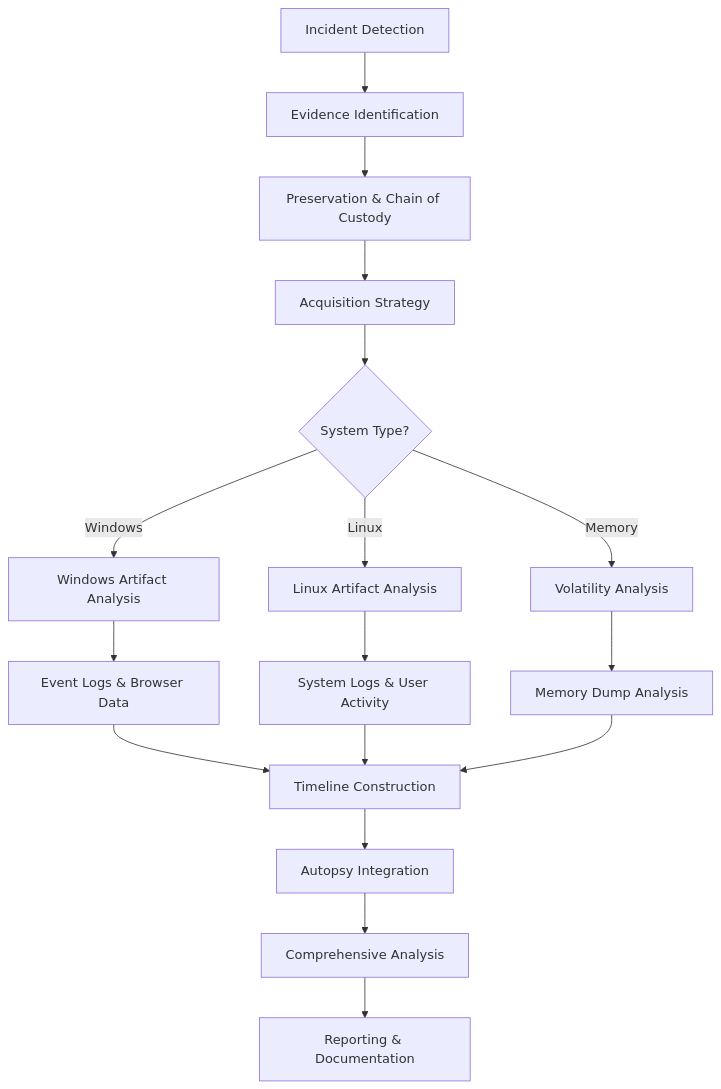
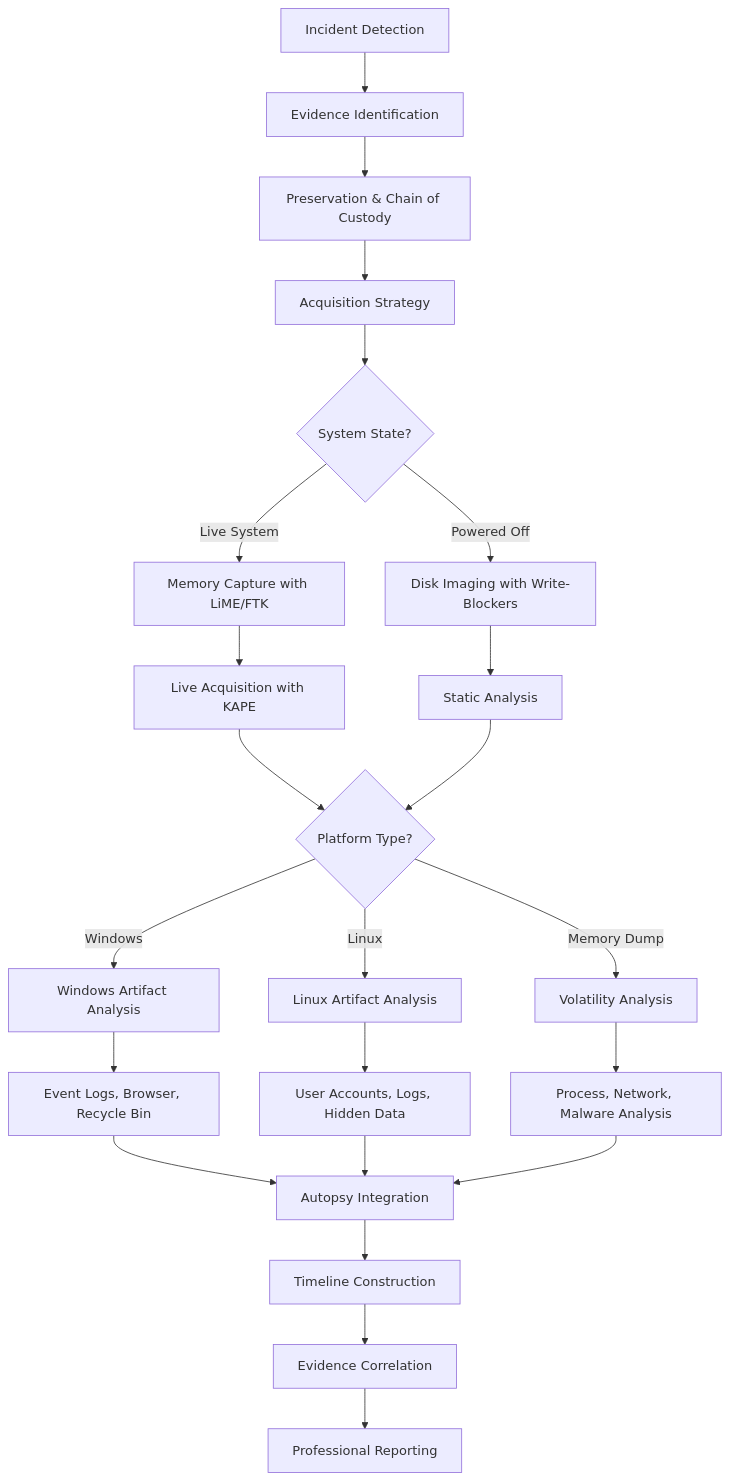
One commit to d3vhackz/BTL1 changed the diagram in 04-digital-forensics/README.md. Above: the diagram before and after it, drawn with Mermaid. The commit also changed other lines of this file, not shown here.

````diff
--- a/04-digital-forensics/README.md
+++ b/04-digital-forensics/README.md
@@ -165,23 +158,32 @@
 ```mermaid
 graph TD
     A[Incident Detection] --> B[Evidence Identification]
     B --> C[Preservation & Chain of Custody]
     C --> D[Acquisition Strategy]
-    D --> E{System Type?}
+    D --> E{System State?}
     
-    E -->|Windows| F[Windows Artifact Analysis]
-    E -->|Linux| G[Linux Artifact Analysis]
-    E -->|Memory| H[Volatility Analysis]
+    E -->|Live System| F[Memory Capture with LiME/FTK]
+    E -->|Powered Off| G[Disk Imaging with Write-Blockers]
     
-    F --> I[Event Logs & Browser Data]
-    G --> J[System Logs & User Activity]
-    H --> K[Memory Dump Analysis]
+    F --> H[Live Acquisition with KAPE]
+    G --> I[Static Analysis]
     
-    I --> L[Timeline Construction]
-    J --> L
-    K --> L
+    H --> J{Platform Type?}
+    I --> J
     
-    L --> M[Autopsy Integration]
-    M --> N[Comprehensive Analysis]
-    N --> O[Reporting & Documentation]
+    J -->|Windows| K[Windows Artifact Analysis]
+    J -->|Linux| L[Linux Artifact Analysis]
+    J -->|Memory Dump| M[Volatility Analysis]
+    
+    K --> N[Event Logs, Browser, Recycle Bin]
+    L --> O[User Accounts, Logs, Hidden Data]
+    M --> P[Process, Network, Malware Analysis]
+    
+    N --> Q[Autopsy Integration]
+    O --> Q
+    P --> Q
+    
+    Q --> R[Timeline Construction]
+    R --> S[Evidence Correlation]
+    S --> T[Professional Reporting]
 ```
````
